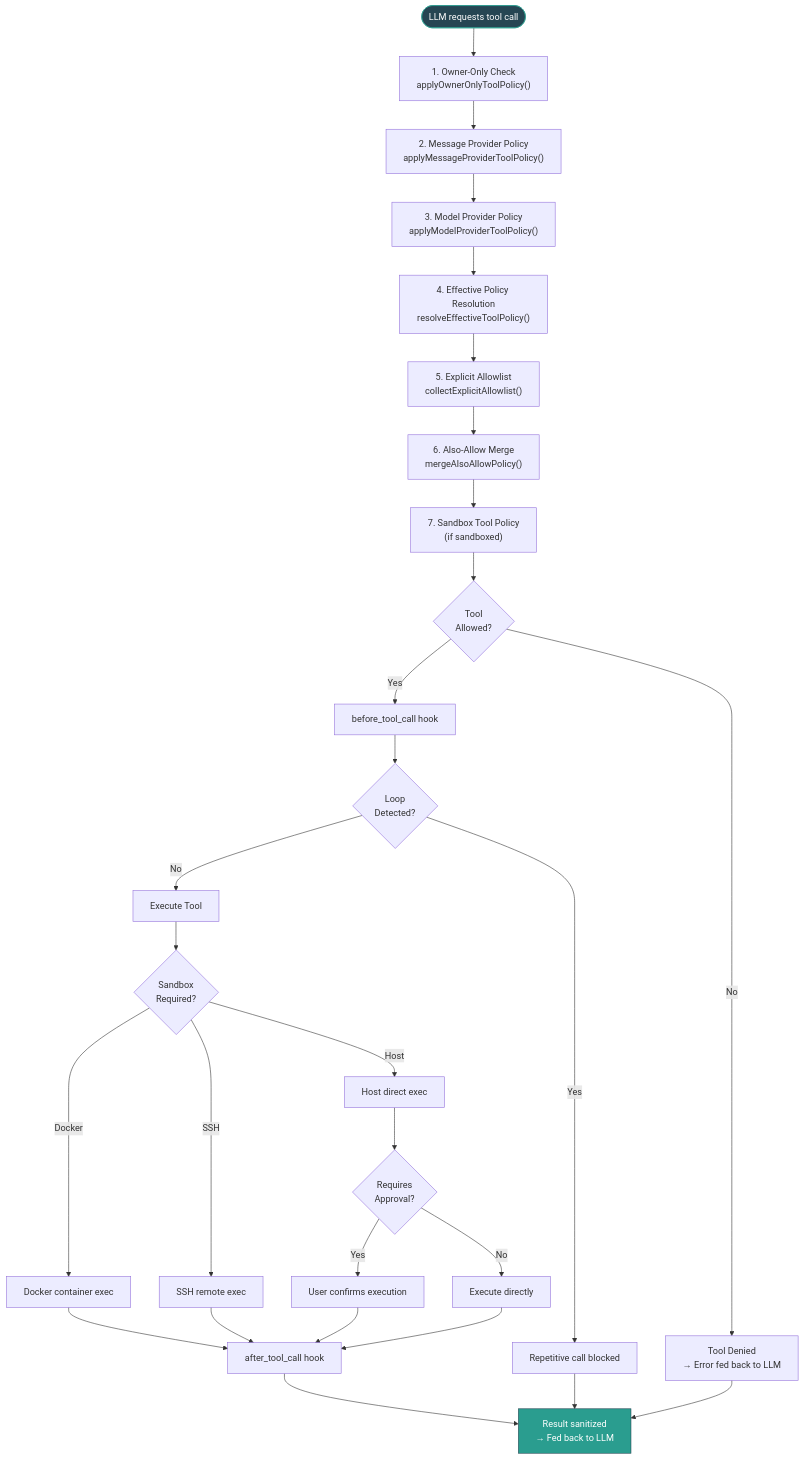
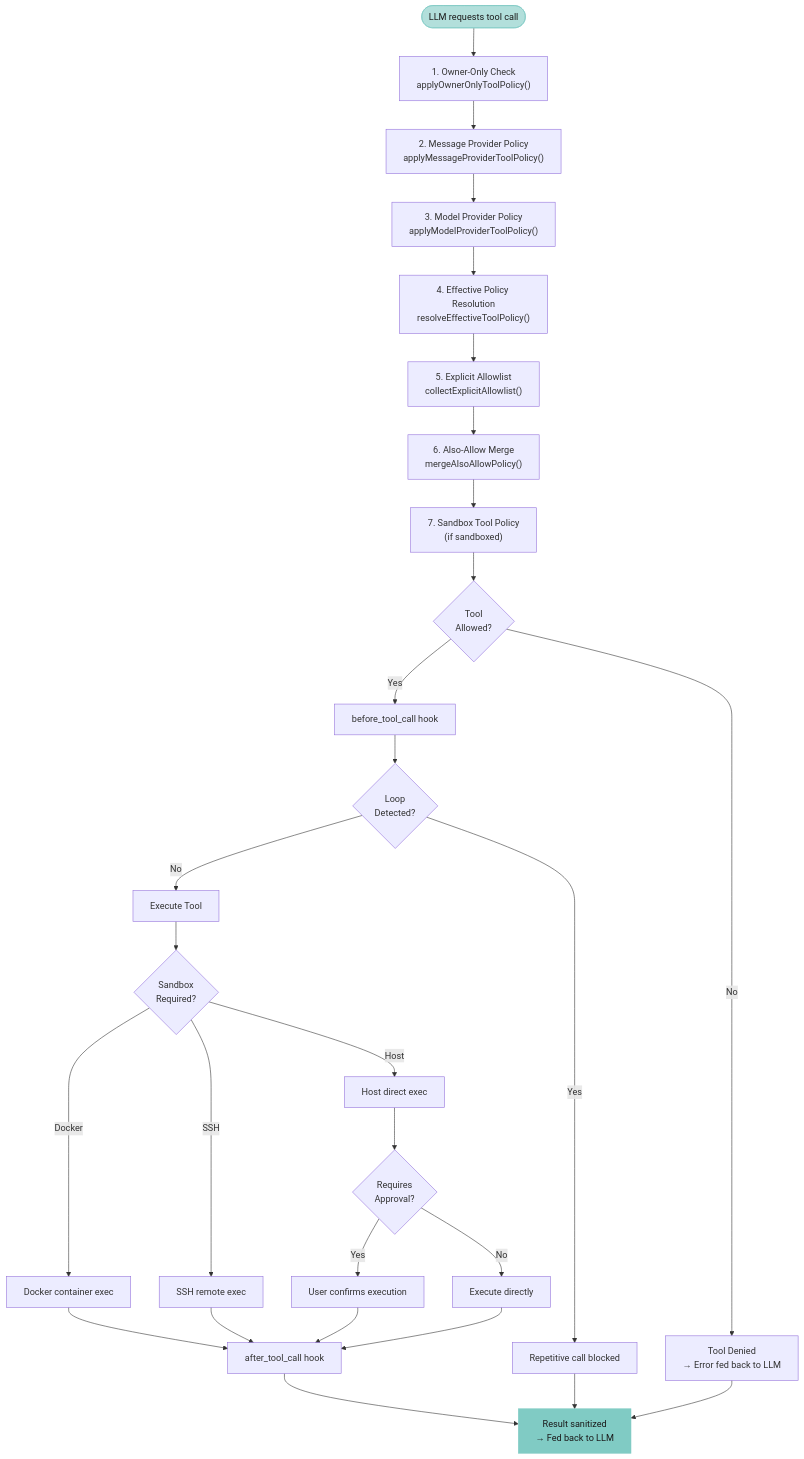
One commit to lordaouy/openclaw changed diagram 19 of 44 in docs/reference/technical-architecture-report.md. Above: the diagram before and after it, drawn with Mermaid. The commit also changed other lines of this file, not shown here.

First line of the commit message:
docs: replace dark Mermaid diagram colors with light readable palette

````diff
--- a/docs/reference/technical-architecture-report.md
+++ b/docs/reference/technical-architecture-report.md
@@ -1066,36 +1066,36 @@
 ```mermaid
 flowchart TD
     ToolCall([LLM requests tool call]) --> OwnerCheck["1. Owner-Only Check\napplyOwnerOnlyToolPolicy()"]
     OwnerCheck --> MsgProvider["2. Message Provider Policy\napplyMessageProviderToolPolicy()"]
     MsgProvider --> ModelProvider["3. Model Provider Policy\napplyModelProviderToolPolicy()"]
     ModelProvider --> EffectivePolicy["4. Effective Policy Resolution\nresolveEffectiveToolPolicy()"]
     EffectivePolicy --> AllowList["5. Explicit Allowlist\ncollectExplicitAllowlist()"]
     AllowList --> AlsoAllow["6. Also-Allow Merge\nmergeAlsoAllowPolicy()"]
     AlsoAllow --> SandboxPolicy["7. Sandbox Tool Policy\n(if sandboxed)"]
     SandboxPolicy --> FinalDecision{"Tool\nAllowed?"}
     
     FinalDecision -->|Yes| BeforeHook["before_tool_call hook"]
     FinalDecision -->|No| Denied["Tool Denied\n→ Error fed back to LLM"]
     
     BeforeHook --> LoopDetect{"Loop\nDetected?"}
     LoopDetect -->|No| Execute["Execute Tool"]
     LoopDetect -->|Yes| LoopBlocked["Repetitive call blocked"]
     
     Execute --> SandboxRoute{"Sandbox\nRequired?"}
     SandboxRoute -->|Docker| DockerExec["Docker container exec"]
     SandboxRoute -->|SSH| SSHExec["SSH remote exec"]
     SandboxRoute -->|Host| HostExec["Host direct exec"]
     
     HostExec --> ApprovalCheck{"Requires\nApproval?"}
     ApprovalCheck -->|Yes| UserApproval["User confirms execution"]
     ApprovalCheck -->|No| DirectExec["Execute directly"]
     
     DockerExec & SSHExec & UserApproval & DirectExec --> AfterHook["after_tool_call hook"]
     AfterHook --> Result["Result sanitized\n→ Fed back to LLM"]
     
     LoopBlocked --> Result
     Denied --> Result
 
-    style ToolCall fill:#264653,stroke:#2a9d8f,color:white
-    style Result fill:#2a9d8f,stroke:#264653,color:white
+    style ToolCall fill:#b2dfdb,stroke:#80cbc4,color:#1a1a1a
+    style Result fill:#80cbc4,stroke:#80cbc4,color:#1a1a1a
 ```
````
